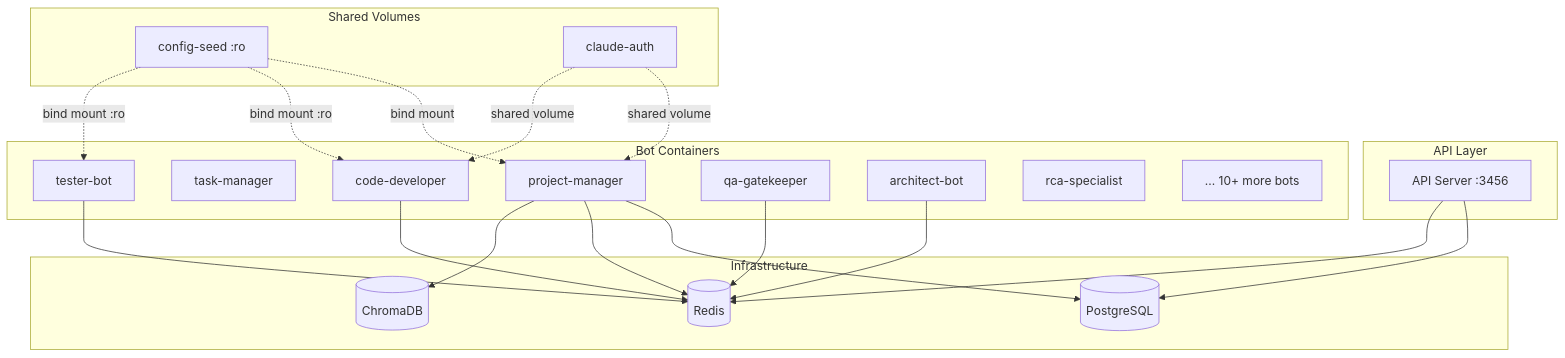
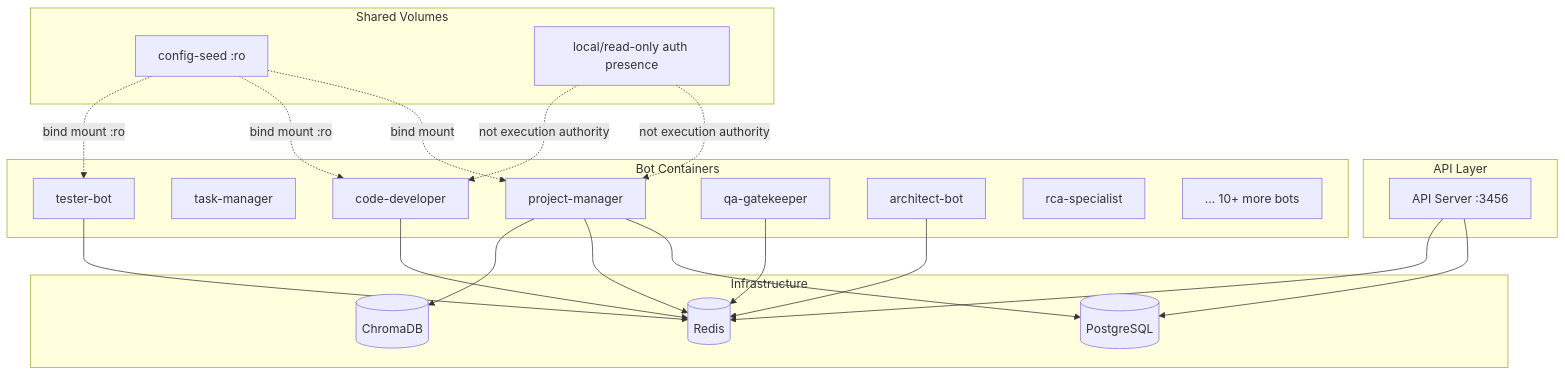
Before and after one commit to emeraldcoastsystemsgroup/oshal: the fifth of 6 diagrams in docs/architecture/swarm-pipeline-architecture.md, drawn with Mermaid. The commit also changed other lines of this file and 810 other files, not shown here.

````diff
--- a/docs/architecture/swarm-pipeline-architecture.md
+++ b/docs/architecture/swarm-pipeline-architecture.md
@@ -113,44 +120,44 @@
 ```mermaid
 graph TB
     subgraph Infrastructure
         PG[(PostgreSQL)]
         REDIS[(Redis)]
         CHROMA[(ChromaDB)]
     end
 
     subgraph API Layer
         API[API Server :3456]
     end
 
     subgraph Bot Containers
         PM[project-manager]
         TM[task-manager]
         CD[code-developer]
         TB[tester-bot]
         QA[qa-gatekeeper]
         ARCH[architect-bot]
         RCA[rca-specialist]
         DOT3[... 10+ more bots]
     end
 
     subgraph Shared Volumes
         SEED[config-seed :ro]
-        CLAUDE[claude-auth]
+        CLAUDE[local/read-only auth presence]
     end
 
     API --> PG
     API --> REDIS
     PM --> PG
     PM --> REDIS
     PM --> CHROMA
     CD --> REDIS
     TB --> REDIS
     QA --> REDIS
     ARCH --> REDIS
 
     SEED -.->|bind mount| PM
     SEED -.->|bind mount :ro| CD
     SEED -.->|bind mount :ro| TB
-    CLAUDE -.->|shared volume| PM
-    CLAUDE -.->|shared volume| CD
+    CLAUDE -.->|not execution authority| PM
+    CLAUDE -.->|not execution authority| CD
 ```
````
